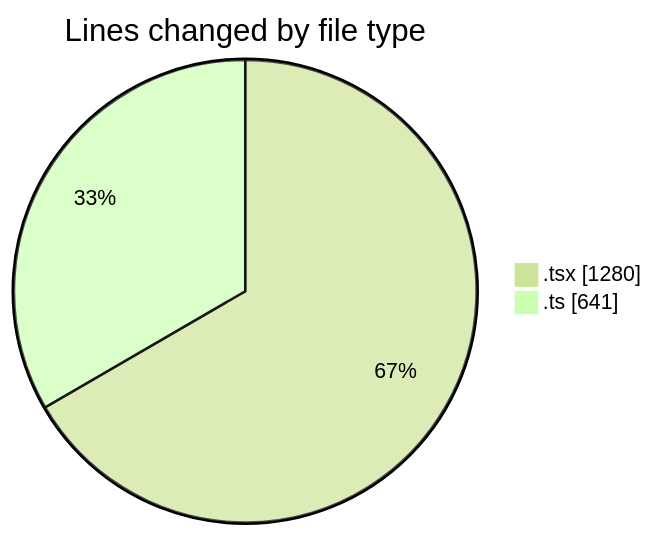
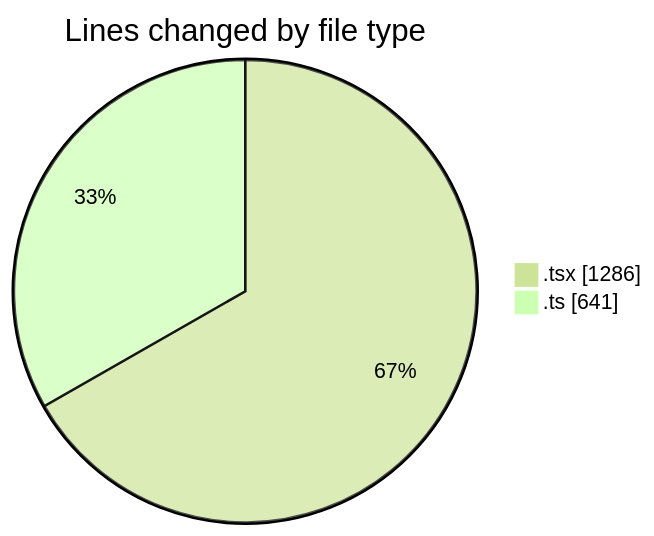
One commit to nxtqubesakshisongat/code-tracking changed the first of 2 diagrams in 2026-02-24/nxtqube_webapp/README.md. Above: the diagram before and after it, drawn with Mermaid (forest theme). The commit also changed other lines of this file and 1 other file, not shown here.

````diff
--- a/2026-02-24/nxtqube_webapp/README.md
+++ b/2026-02-24/nxtqube_webapp/README.md
@@ -25,6 +25,6 @@
 ```mermaid
 pie showData
 title Lines changed by file type
-".tsx" : 1280
+".tsx" : 1286
 ".ts" : 641
 ```
````
